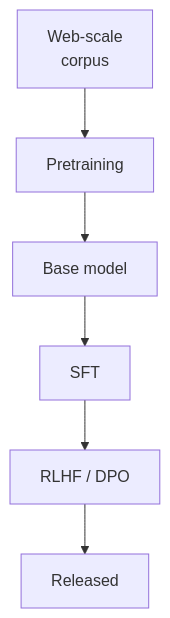
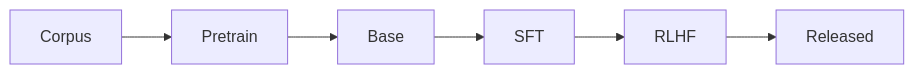
One commit to averagejoeslab/building-agents changed the third of 5 diagrams in presentation/slides.md. Above: the diagram before and after it, drawn with Mermaid.

Commit message:
presentation: collapse training pipeline mermaid to LR so M-dev slide fits

````diff
--- a/presentation/slides.md
+++ b/presentation/slides.md
@@ -198,8 +198,8 @@
-```mermaid {scale: 0.45}
-flowchart TD
-    A[Web-scale<br/>corpus] --> B[Pretraining]
-    B --> C[Base model]
+```mermaid {scale: 0.4}
+flowchart LR
+    A[Corpus] --> B[Pretrain]
+    B --> C[Base]
     C --> D[SFT]
-    D --> E[RLHF / DPO]
+    D --> E[RLHF]
     E --> F[Released]
 ```
````
